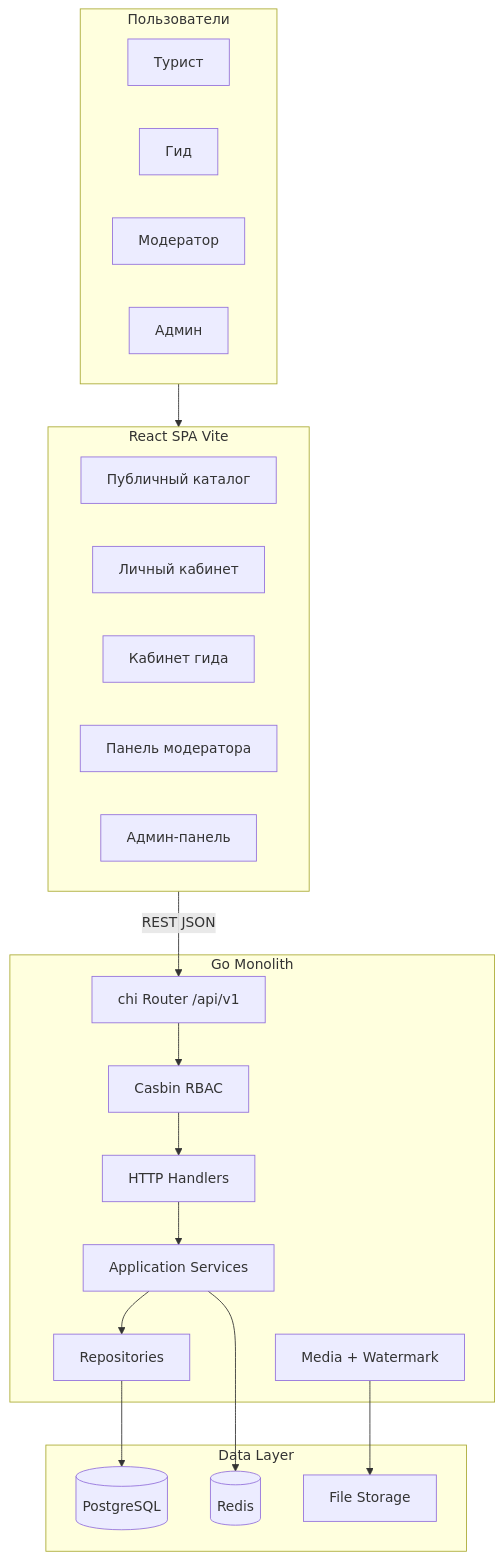
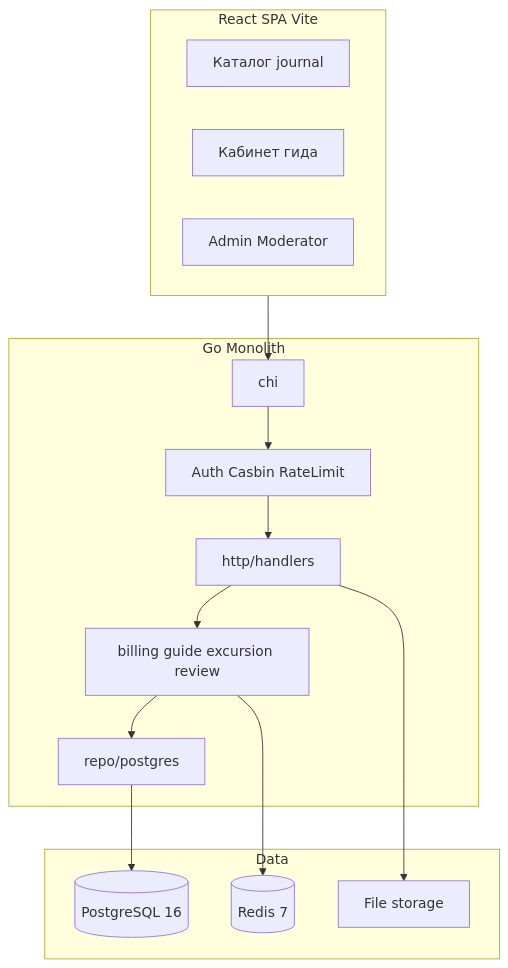
Before and after one commit to VitoMontenegro/gaido: the diagram in EXPERTS_TOURISTER_SPEC.md, drawn with Mermaid. The commit also changed other lines of this file and 147 other files, not shown here.

````diff
--- a/EXPERTS_TOURISTER_SPEC.md
+++ b/EXPERTS_TOURISTER_SPEC.md
@@ -520,42 +241,23 @@
 ```mermaid
 flowchart TB
-  subgraph users [Пользователи]
-    Tourist[Турист]
-    Guide[Гид]
-    Moderator[Модератор]
-    Admin[Админ]
+  subgraph frontend [React SPA Vite]
+    PublicSite[Каталог journal]
+    GuideCRM[Кабинет гида]
+    AdminUI[Admin Moderator]
   end
-
-  subgraph frontend [React SPA Vite]
-    PublicSite[Публичный каталог]
-    AccountLK[Личный кабинет]
-    GuideLK[Кабинет гида]
-    ModPanel[Панель модератора]
-    AdminPanel[Админ-панель]
+  subgraph backend [Go Monolith]
+    Router[chi]
+    MW[Auth Casbin RateLimit]
+    Handlers[http/handlers]
+    Services[billing guide excursion review]
+    Repos[repo/postgres]
   end
-
-  subgraph backend [Go Monolith]
-    ChiRouter[chi Router /api/v1]
-    Handlers[HTTP Handlers]
-    Services[Application Services]
-    Repos[Repositories]
-    Casbin[Casbin RBAC]
-    MediaPipe[Media + Watermark]
+  subgraph data [Data]
+    PG[(PostgreSQL 16)]
+    Redis[(Redis 7)]
+    FS[File storage]
   end
-
-  subgraph data [Data Layer]
-    PG[(PostgreSQL)]
-    Redis[(Redis)]
-    FS[File Storage]
-  end
-
-  users --> frontend
-  frontend -->|REST JSON| ChiRouter
-  ChiRouter --> Casbin
-  Casbin --> Handlers
-  Handlers --> Services
-  Services --> Repos
-  Repos --> PG
+  frontend --> Router --> MW --> Handlers --> Services --> Repos --> PG
   Services --> Redis
-  MediaPipe --> FS
+  Handlers --> FS
 ```
````
